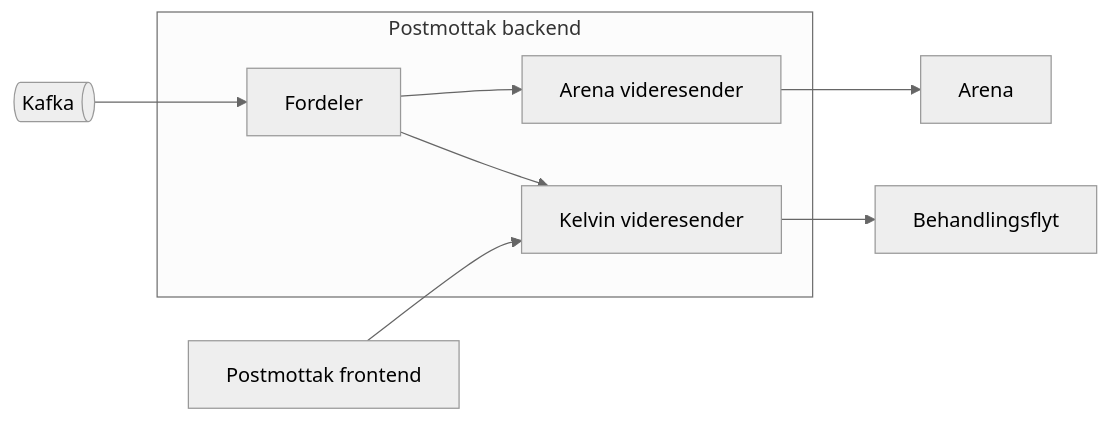
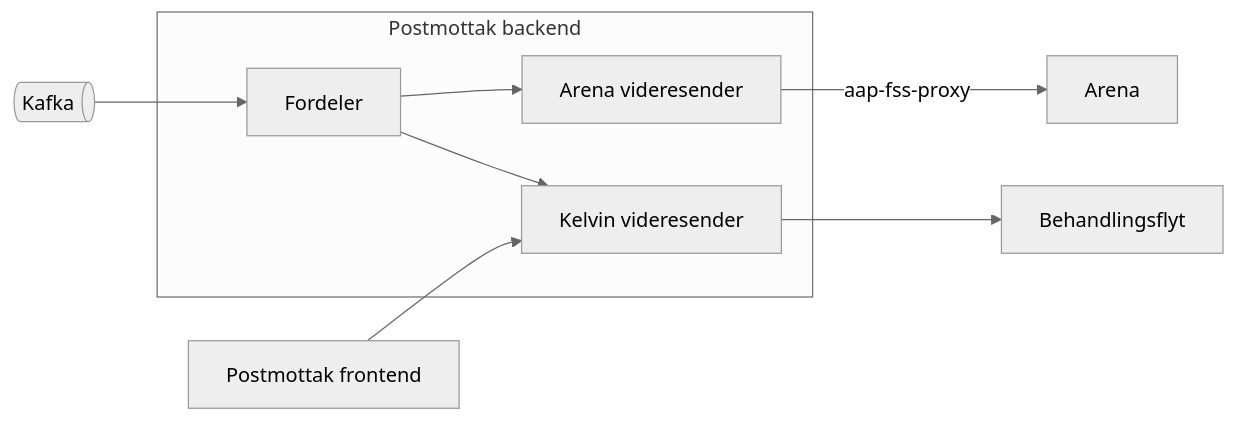
One commit to navikt/aap-intern-sysdok changed the first of 6 diagrams in docs/funksjonalitet/12_Postmottak/teknisk.md. Above: the diagram before and after it, drawn with Mermaid (neutral theme). The commit also changed other lines of this file, not shown here.

Commit message:
Oppdater postmottak doc

````diff
--- a/docs/funksjonalitet/12_Postmottak/teknisk.md
+++ b/docs/funksjonalitet/12_Postmottak/teknisk.md
@@ -12,11 +17,11 @@
 ```mermaid
 flowchart LR
-    kafka@{shape: das, label: Kafka}-->fordeler
-    subgraph Postmottak backend 
-        fordeler[Fordeler]-->arenaVideresender[Arena videresender]
-        fordeler-->kelvinVideresender[Kelvin videresender]
+    kafka@{shape: das, label: Kafka} --> fordeler
+    subgraph Postmottak backend
+        fordeler[Fordeler] --> arenaVideresender[Arena videresender]
+        fordeler --> kelvinVideresender[Kelvin videresender]
     end
-    arenaVideresender-->arena[Arena]
-    kelvinVideresender-->behandlingsflyt[Behandlingsflyt]
-    frontend[Postmottak frontend]-->kelvinVideresender
+    arenaVideresender --aap-fss-proxy--> arena[Arena]
+    kelvinVideresender --> behandlingsflyt[Behandlingsflyt]
+    frontend[Postmottak frontend] --> kelvinVideresender
 ```
````
